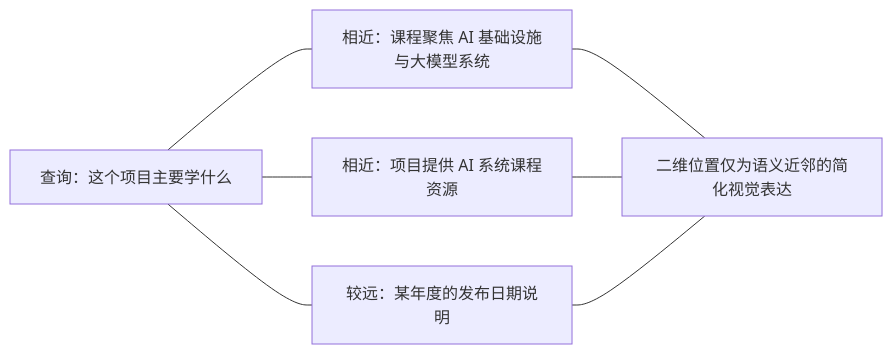
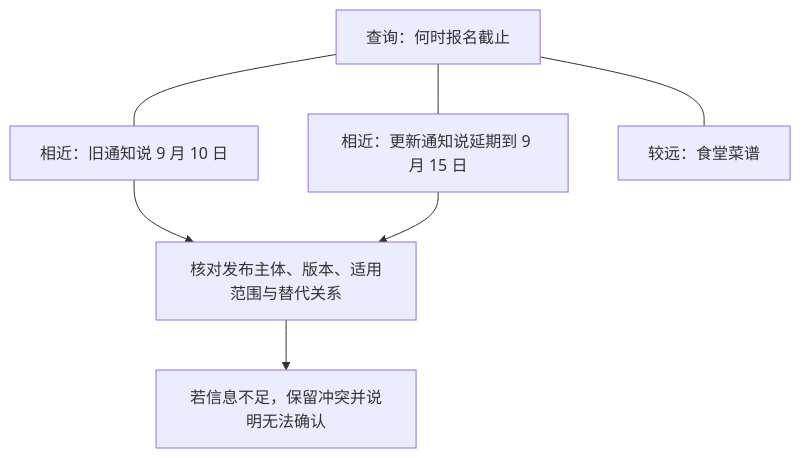
The third of 8 diagrams in textbook/chapters/CH06-model-to-agents.md (X-lab2017/AIOS101), drawn with Mermaid before and after one commit. The commit also changed other lines of this file and 14 other files, not shown here.

````diff
--- a/textbook/chapters/CH06-model-to-agents.md
+++ b/textbook/chapters/CH06-model-to-agents.md
@@ -137,9 +141,9 @@
 ```mermaid
-flowchart LR
-    Q["查询：这个项目主要学什么"] --- A["相近：课程聚焦 AI 基础设施与大模型系统"]
-    Q --- B["相近：项目提供 AI 系统课程资源"]
-    Q --- C["较远：某年度的发布日期说明"]
-    A --- N["二维位置仅为语义近邻的简化视觉表达"]
-    B --- N
-    C --- N
+flowchart TD
+    Q["查询：何时报名截止"] --- A["相近：旧通知说 9 月 10 日"]
+    Q --- B["相近：更新通知说延期到 9 月 15 日"]
+    Q --- C["较远：食堂菜谱"]
+    A --> V["核对发布主体、版本、适用范围与替代关系"]
+    B --> V
+    V --> N["若信息不足，保留冲突并说明无法确认"]
 ```
````
